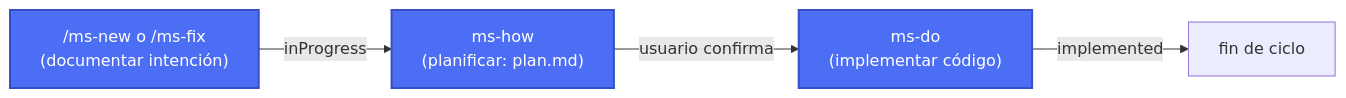
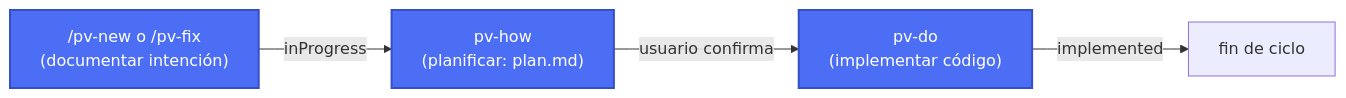
Before and after one commit to yeyopepe/previo: the diagram in README.md, drawn with Mermaid. The commit also changed other lines of this file and 51 other files, not shown here.

````diff
--- a/README.md
+++ b/README.md
@@ -37,14 +55,14 @@
 ```mermaid
 flowchart LR
-    A["/ms-new o /ms-fix\n(documentar intención)"]
-    B["ms-how\n(planificar: plan.md)"]
-    C["ms-do\n(implementar código)"]
+    A["/pv-new o /pv-fix\n(documentar intención)"]
+    B["pv-how\n(planificar: plan.md)"]
+    C["pv-do\n(implementar código)"]
     H["fin de ciclo"]
 
     A -->|"inProgress"| B
     B -->|usuario confirma| C
     C -->|"implemented"| H
 
     class A,B,C obligatorio
     classDef obligatorio fill:#4c6ef5,stroke:#364fc7,stroke-width:2px,color:#fff
 ```
````
